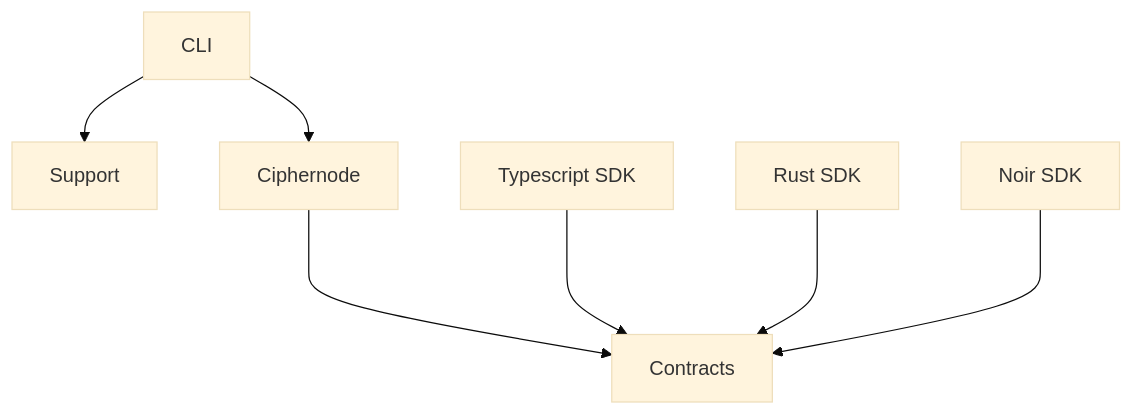
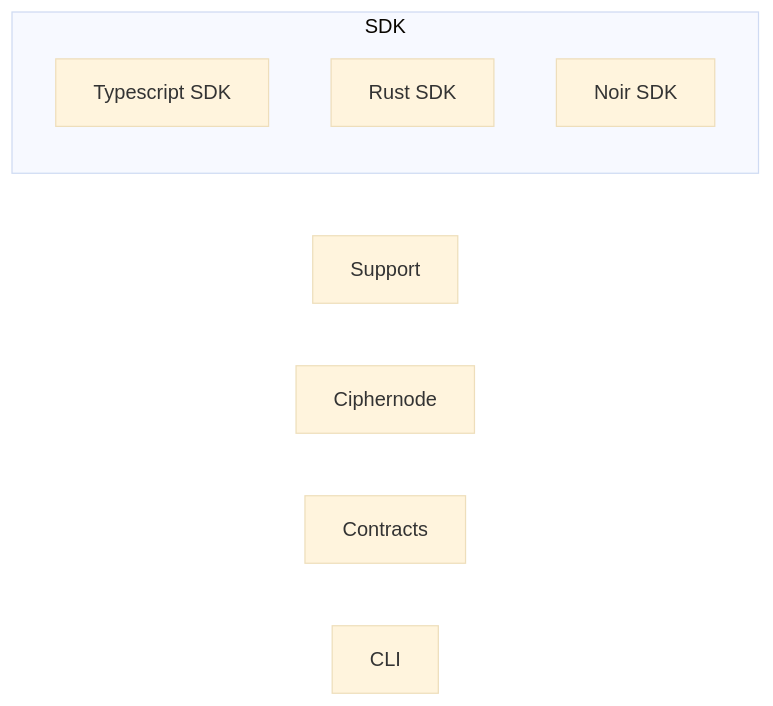
Before and after one commit to gnosisguild/enclave: the diagram in ARCHITECTURE.md, drawn with Mermaid (base theme). The commit also changed 6 other files, not shown here.

````diff
--- a/ARCHITECTURE.md
+++ b/ARCHITECTURE.md
@@ -7,33 +7,28 @@
 ```mermaid
-flowchart TB
+flowchart LR
+	subgraph SDK
+	    T["Typescript SDK"]
+	    R["Rust SDK"]
+	    N["Noir SDK"]
+	end
     S["Support"]
     C["Ciphernode"]
     EVM["Contracts"]
-    T["Typescript SDK"]
-    R["Rust SDK"]
-    N["Noir SDK"]
     CLI["CLI"]
-
-    CLI --> S
-    CLI --> C
-    C ---> EVM
-    T ---> EVM
-    R ---> EVM
-	N ---> EVM
 
     C:::internal-link
     S:::internal-link
     EVM:::internal-link
     T:::internal-link
     R:::internal-link
     N:::internal-link
     CLI:::internal-link
 
     click C "https://github.com/gnosisguild/enclave/tree/main/crates/Ciphernode.md"
     click S "https://github.com/gnosisguild/enclave/tree/main/crates/support-scripts/Support.md"
     click EVM "https://github.com/gnosisguild/enclave/tree/main/packages/evm/docs/Contracts.md"
     click T "https://github.com/gnosisguild/enclave/tree/main/packages/enclave-sdk/Typescript SDK.md"
     click R "https://github.com/gnosisguild/enclave/tree/main/crates/sdk/Rust SDK.md"
     click N "https://github.com/gnosisguild/enclave/tree/main/architecture/content/Noir SDK.md"
     click CLI "https://github.com/gnosisguild/enclave/tree/main/crates/cli/CLI.md"
 ```
````
